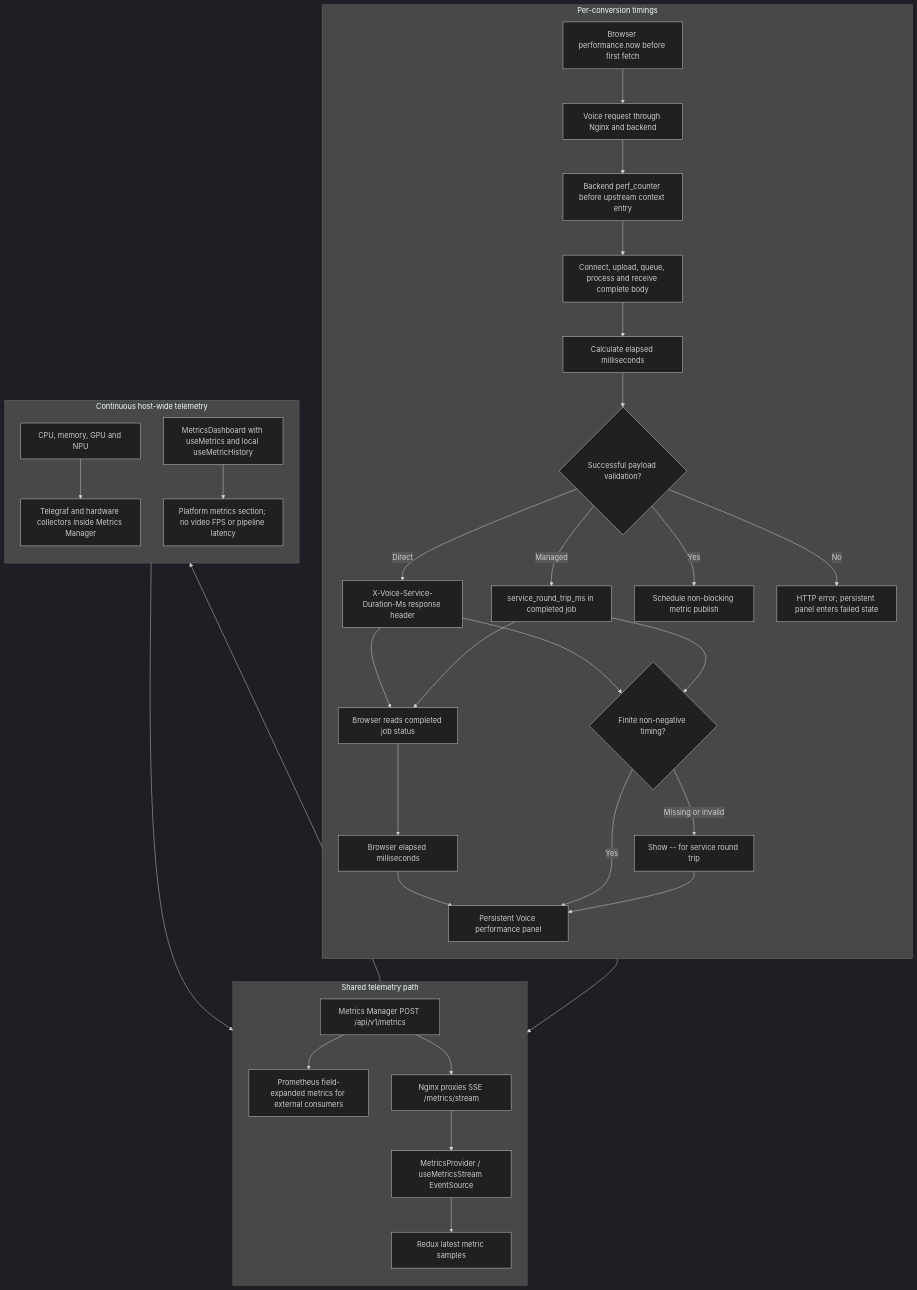
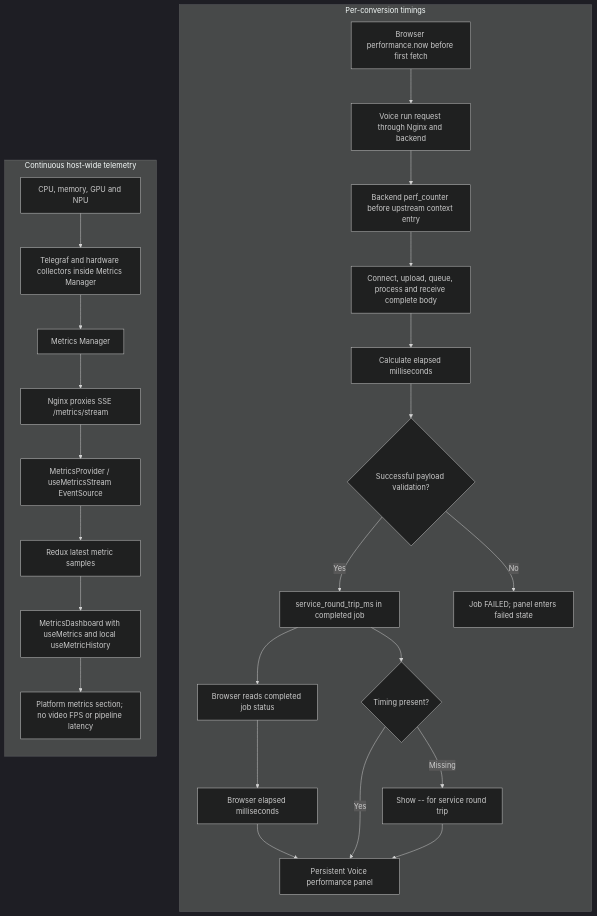
The eighth of 9 diagrams in tools/visual-pipeline-and-platform-evaluation-tool/docs/user-guide/developer-guide/voice-architecture.md (open-edge-platform/edge-ai-libraries), drawn with Mermaid (dark theme) before and after one commit. The commit also changed other lines of this file and 14 other files, not shown here.

````diff
--- a/tools/visual-pipeline-and-platform-evaluation-tool/docs/user-guide/developer-guide/voice-architecture.md
+++ b/tools/visual-pipeline-and-platform-evaluation-tool/docs/user-guide/developer-guide/voice-architecture.md
@@ -477,39 +411,30 @@
 ```mermaid
 flowchart TB
     subgraph request[Per-conversion timings]
       direction TB
-        BrowserStart[Browser performance.now before first fetch] --> HTTP[Voice request through Nginx and backend]
+        BrowserStart[Browser performance.now before first fetch] --> HTTP[Voice run request through Nginx and backend]
         HTTP --> ServiceStart[Backend perf_counter before upstream context entry]
         ServiceStart --> ServiceBody[Connect, upload, queue, process and receive complete body]
         ServiceBody --> ServiceMs[Calculate elapsed milliseconds]
         ServiceMs --> Valid{Successful payload validation?}
-        Valid -->|Direct| Header[X-Voice-Service-Duration-Ms response header]
-        Valid -->|Managed| JobField[service_round_trip_ms in completed job]
-        Valid -->|Yes| Publish[Schedule non-blocking metric publish]
-        Valid -->|No| NoMetric[HTTP error; persistent panel enters failed state]
-        Header --> Parsed[Browser reads full JSON or Blob and checks current request]
+        Valid -->|Yes| JobField[service_round_trip_ms in completed job]
+        Valid -->|No| NoMetric[Job FAILED; panel enters failed state]
         JobField --> Parsed[Browser reads completed job status]
         Parsed --> RequestMs[Browser elapsed milliseconds]
         RequestMs --> Panel[Persistent Voice performance panel]
-        Header --> TimingCheck{Finite non-negative timing?}
-        JobField --> TimingCheck
+        JobField --> TimingCheck{Timing present?}
         TimingCheck -->|Yes| Panel
-        TimingCheck -->|Missing or invalid| Unavailable[Show -- for service round trip]
+        TimingCheck -->|Missing| Unavailable[Show -- for service round trip]
         Unavailable --> Panel
-    end
-    subgraph telemetry[Shared telemetry path]
-      direction TB
-        Publish --> Manager[Metrics Manager POST /api/v1/metrics]
-        Manager --> Prometheus[Prometheus field-expanded metrics for external consumers]
-        Manager --> Proxy[Nginx proxies SSE /metrics/stream]
-        Proxy --> Stream[MetricsProvider / useMetricsStream EventSource]
-        Stream --> Redux[Redux latest metric samples]
     end
     subgraph platform[Continuous host-wide telemetry]
       direction TB
         Host[CPU, memory, GPU and NPU] --> Collectors[Telegraf and hardware collectors inside Metrics Manager]
-        Collectors --> Manager
+        Collectors --> Manager[Metrics Manager]
+        Manager --> Proxy[Nginx proxies SSE /metrics/stream]
+        Proxy --> Stream[MetricsProvider / useMetricsStream EventSource]
+        Stream --> Redux[Redux latest metric samples]
         Redux --> Dashboard[MetricsDashboard with useMetrics and local useMetricHistory]
         Dashboard --> Charts[Platform metrics section; no video FPS or pipeline latency]
     end
 ```
````
